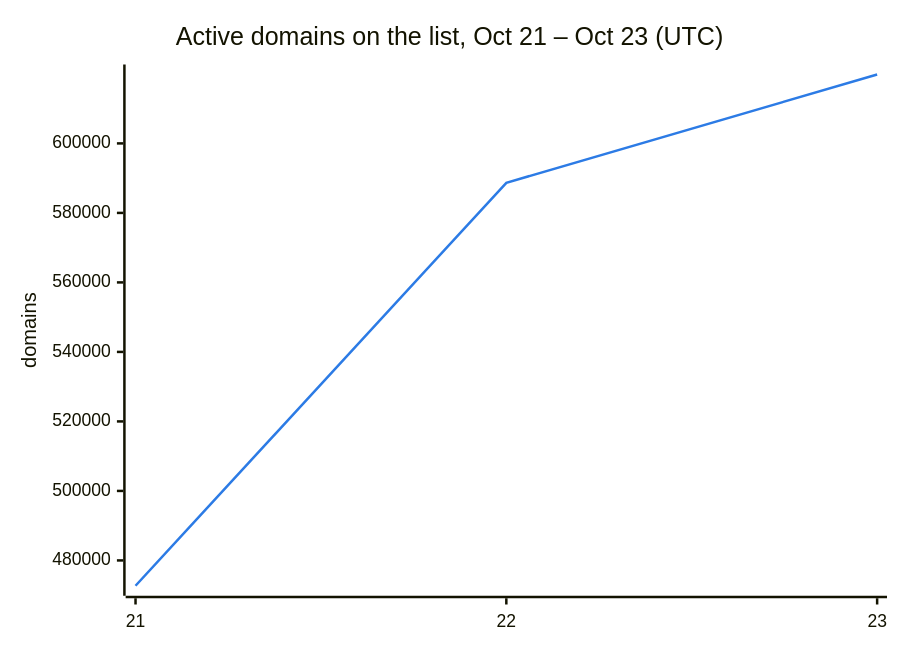
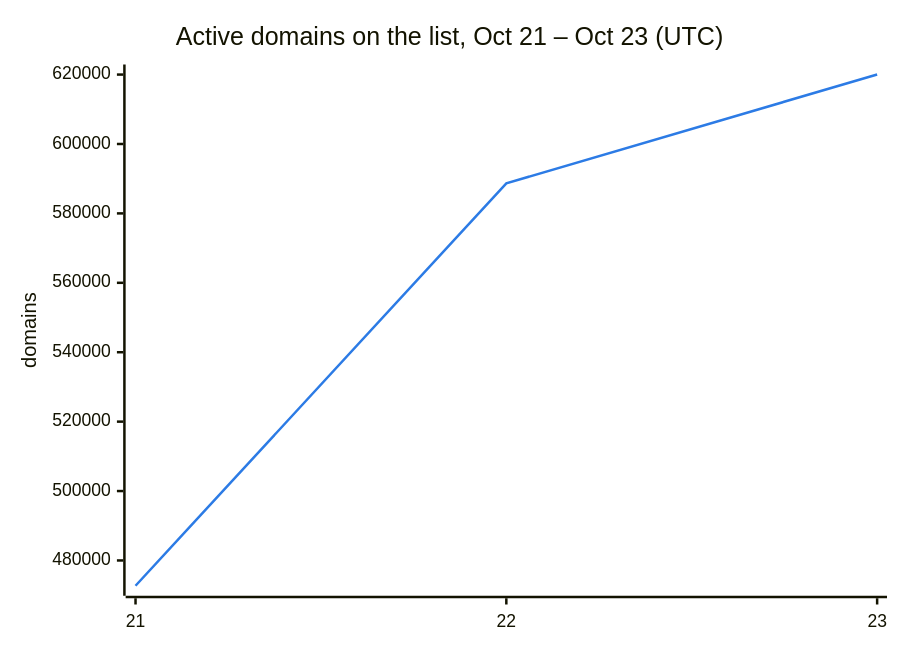
One commit to DNSBunker/CTI changed the second of 3 diagrams in README.md. Above: the diagram before and after it, drawn with Mermaid. The commit also changed other lines of this file and 3 other files, not shown here.

````diff
--- a/README.md
+++ b/README.md
@@ -38,8 +38,8 @@
 ```mermaid
 %%{init: {"themeVariables": {"xyChart": {"plotColorPalette": "#2c7be5"}}}}%%
 xychart-beta
     title "Active domains on the list, Oct 21 – Oct 23 (UTC)"
     x-axis ["21", "22", "23"]
     y-axis "domains"
-    line [472713, 588659, 619829]
+    line [472713, 588659, 620021]
 ```
````
